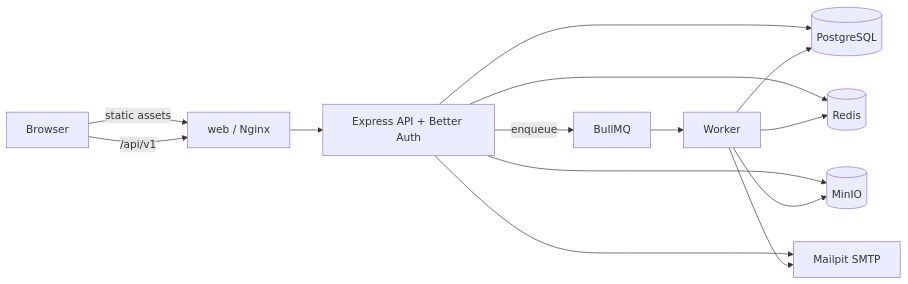
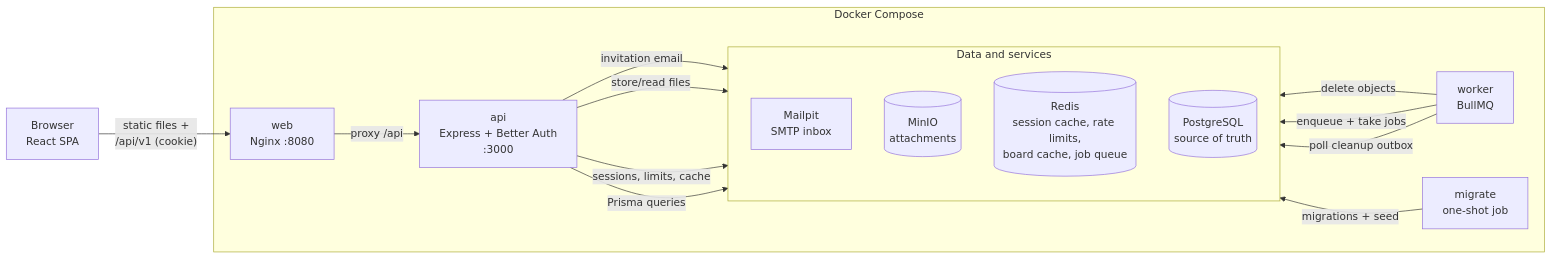
The diagram in README.md (vanvalentin/todo-app-assessment), drawn with Mermaid before and after one commit. The commit also changed other lines of this file, not shown here.

````diff
--- a/README.md
+++ b/README.md
@@ -96,16 +71,35 @@
 ```mermaid
 flowchart LR
-  B[Browser] -->|static assets| W[web / Nginx]
-  B -->|/api/v1| W
-  W --> A[Express API + Better Auth]
-  A --> P[(PostgreSQL)]
-  A --> R[(Redis)]
-  A --> O[(MinIO)]
-  A --> M[Mailpit SMTP]
-  A -->|enqueue| Q[BullMQ]
-  Q --> K[Worker]
-  K --> P
-  K --> R
-  K --> O
-  K --> M
+  B["Browser<br/>React SPA"]
+
+  subgraph Compose["Docker Compose"]
+    W["web<br/>Nginx :8080"]
+    A["api<br/>Express + Better Auth<br/>:3000"]
+
+    subgraph Data["Data and services"]
+      direction TB
+      M["Mailpit<br/>SMTP inbox"]
+      O[("MinIO<br/>attachments")]
+      R[("Redis<br/>session cache, rate limits,<br/>board cache, job queue")]
+      P[("PostgreSQL<br/>source of truth")]
+    end
+
+    K["worker<br/>BullMQ"]
+    MG["migrate<br/>one-shot job"]
+  end
+
+  B -->|"static files +<br/>/api/v1 (cookie)"| W
+  W -->|proxy /api| A
+  A -->|invitation email| M
+  A -->|store/read files| O
+  A -->|sessions, limits, cache| R
+  A -->|Prisma queries| P
+  O ~~~ K
+  R ~~~ K
+  P ~~~ K
+  K -->|delete objects| O
+  K -->|enqueue + take jobs| R
+  K -->|poll cleanup outbox| P
+  P ~~~ MG
+  MG -->|migrations + seed| P
 ```
````
